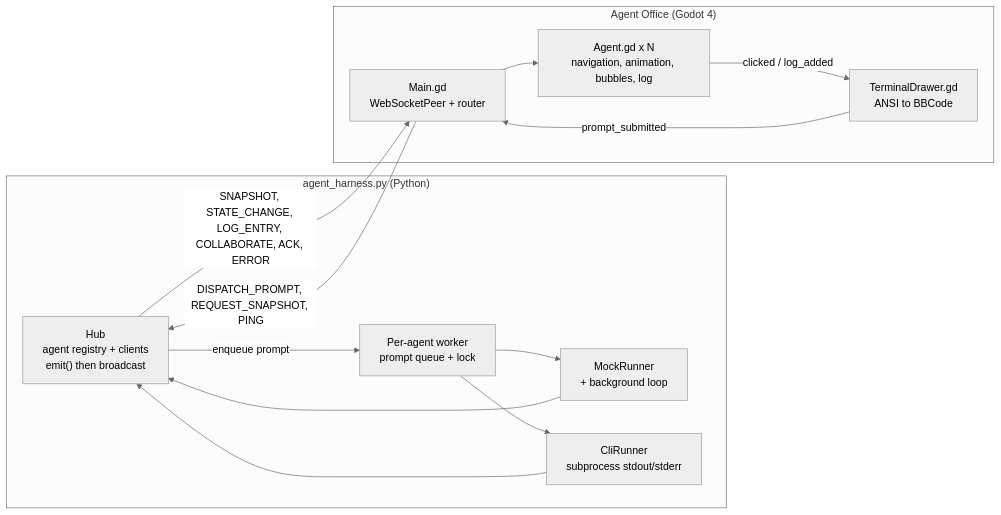
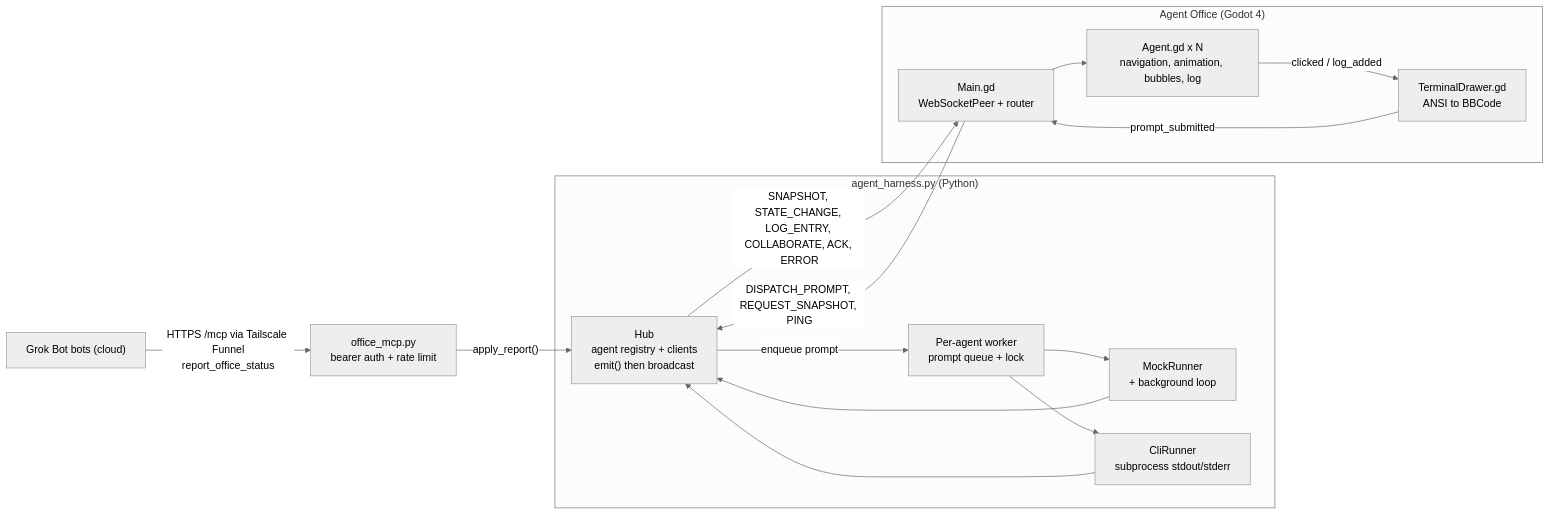
The diagram in README.md (pvella/agentic-corporation), drawn with Mermaid (neutral theme) before and after one commit. The commit also changed other lines of this file and 11 other files, not shown here.

````diff
--- a/README.md
+++ b/README.md
@@ -206,24 +308,26 @@
 ```mermaid
 flowchart LR
   subgraph Harness["agent_harness.py (Python)"]
     Hub["Hub<br/>agent registry + clients<br/>emit() then broadcast"]
     Worker["Per-agent worker<br/>prompt queue + lock"]
     Mock["MockRunner<br/>+ background loop"]
     Cli["CliRunner<br/>subprocess stdout/stderr"]
     Worker --> Mock
     Worker --> Cli
     Mock --> Hub
     Cli --> Hub
   end
   subgraph Client["Agent Office (Godot 4)"]
     Main["Main.gd<br/>WebSocketPeer + router"]
     Agent["Agent.gd x N<br/>navigation, animation, bubbles, log"]
     Drawer["TerminalDrawer.gd<br/>ANSI to BBCode"]
     Main --> Agent
     Agent -- "clicked / log_added" --> Drawer
     Drawer -- "prompt_submitted" --> Main
   end
   Hub -- "SNAPSHOT, STATE_CHANGE, LOG_ENTRY, COLLABORATE, ACK, ERROR" --> Main
   Main -- "DISPATCH_PROMPT, REQUEST_SNAPSHOT, PING" --> Hub
   Hub -- "enqueue prompt" --> Worker
+  Bots["Grok Bot bots (cloud)"] -- "HTTPS /mcp via Tailscale Funnel<br/>report_office_status" --> MCP["office_mcp.py<br/>bearer auth + rate limit"]
+  MCP -- "apply_report()" --> Hub
 ```
````
